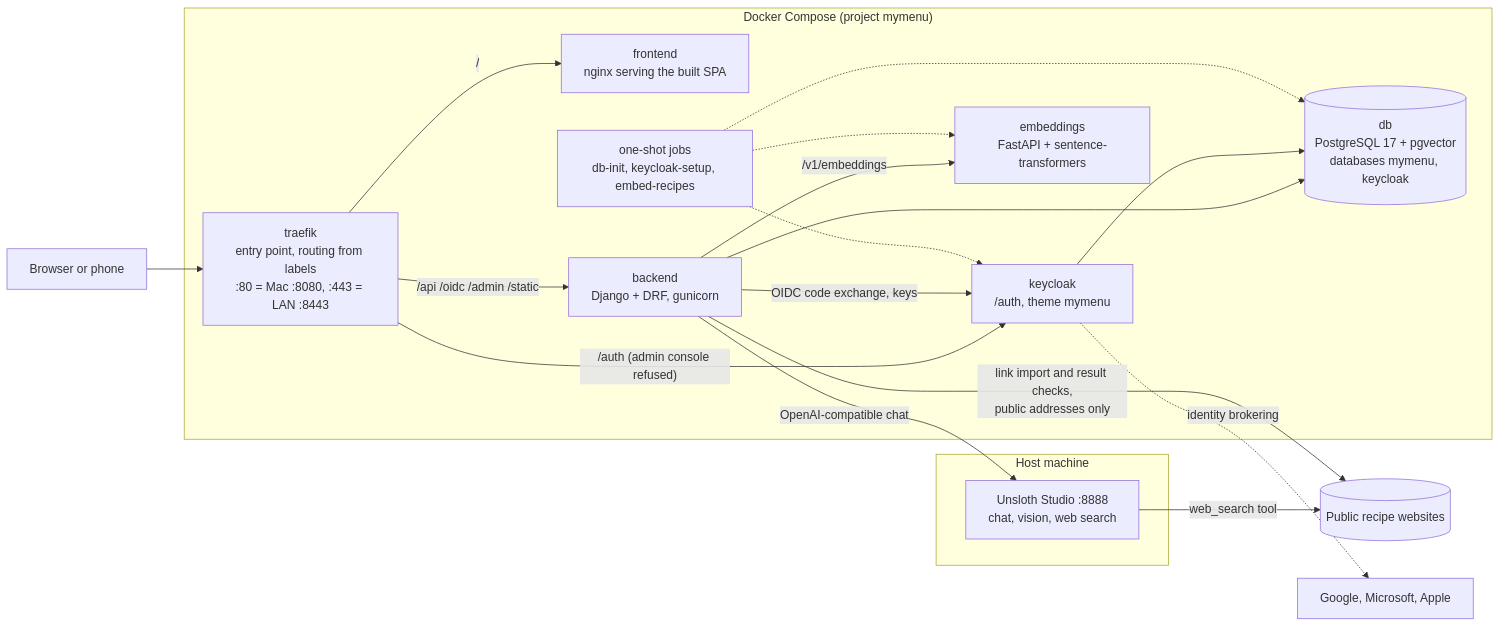
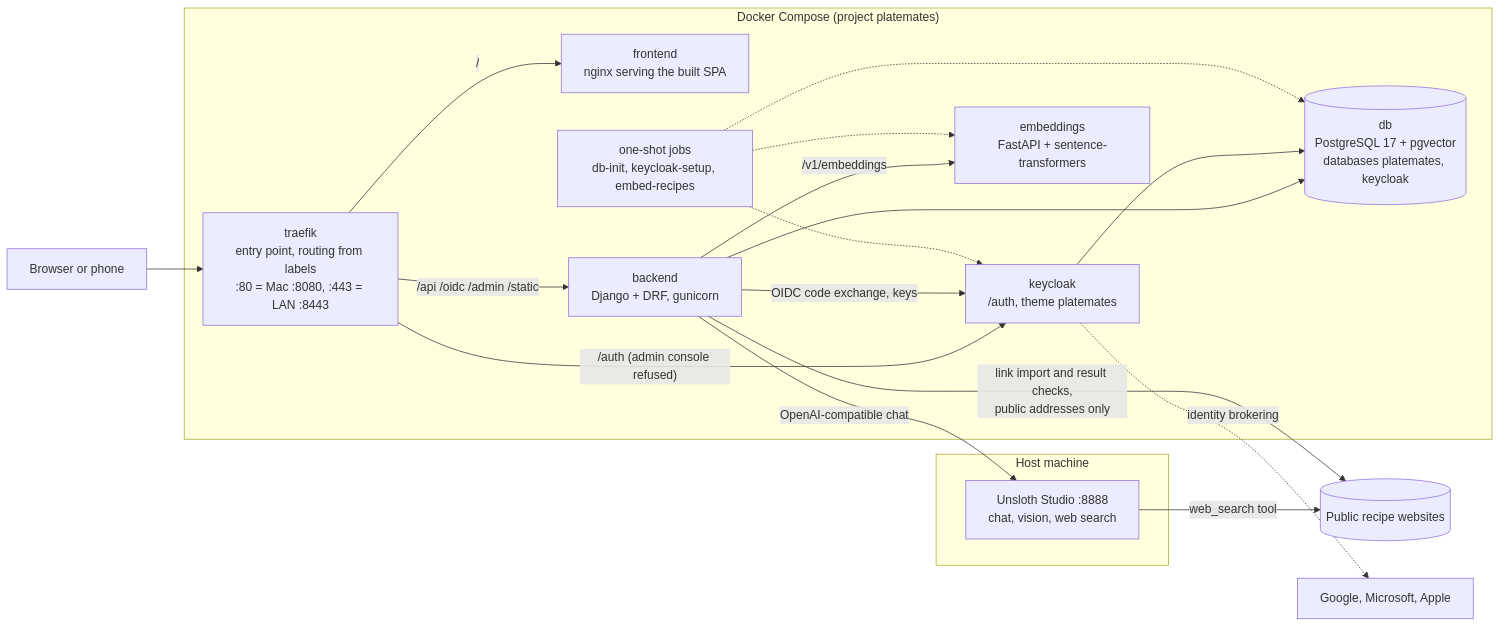
The first of 3 diagrams in docs/architecture.md (PaoloneM/platemates), drawn with Mermaid before and after one commit. The commit also changed other lines of this file and 36 other files, not shown here.

````diff
--- a/docs/architecture.md
+++ b/docs/architecture.md
@@ -8,37 +8,37 @@
 ```mermaid
 flowchart LR
     user["Browser or phone"]
 
-    subgraph compose["Docker Compose (project mymenu)"]
+    subgraph compose["Docker Compose (project platemates)"]
         traefik["traefik<br/>entry point, routing from labels<br/>:80 = Mac :8080, :443 = LAN :8443"]
         spa["frontend<br/>nginx serving the built SPA"]
         backend["backend<br/>Django + DRF, gunicorn"]
-        keycloak["keycloak<br/>/auth, theme mymenu"]
-        db[("db<br/>PostgreSQL 17 + pgvector<br/>databases mymenu, keycloak")]
+        keycloak["keycloak<br/>/auth, theme platemates"]
+        db[("db<br/>PostgreSQL 17 + pgvector<br/>databases platemates, keycloak")]
         embeddings["embeddings<br/>FastAPI + sentence-transformers"]
         jobs["one-shot jobs<br/>db-init, keycloak-setup, embed-recipes"]
     end
 
     subgraph host["Host machine"]
         studio["Unsloth Studio :8888<br/>chat, vision, web search"]
     end
 
     web[("Public recipe websites")]
     idp["Google, Microsoft, Apple"]
 
     user --> traefik
     traefik -- "/" --> spa
     traefik -- "/api /oidc /admin /static" --> backend
     traefik -- "/auth (admin console refused)" --> keycloak
     backend -- "OIDC code exchange, keys" --> keycloak
     backend --> db
     keycloak --> db
     backend -- "OpenAI-compatible chat" --> studio
     backend -- "/v1/embeddings" --> embeddings
     backend -- "link import and result checks,<br/>public addresses only" --> web
     studio -- "web_search tool" --> web
     keycloak -. "identity brokering" .-> idp
     jobs -.-> db
     jobs -.-> keycloak
     jobs -.-> embeddings
 ```
````
